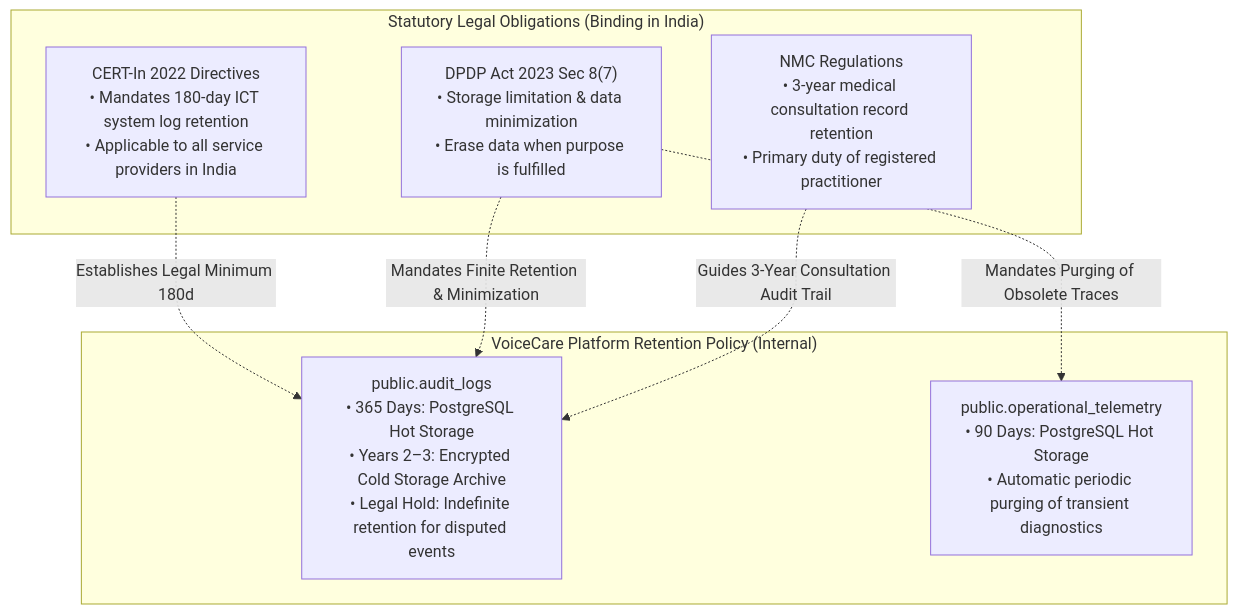
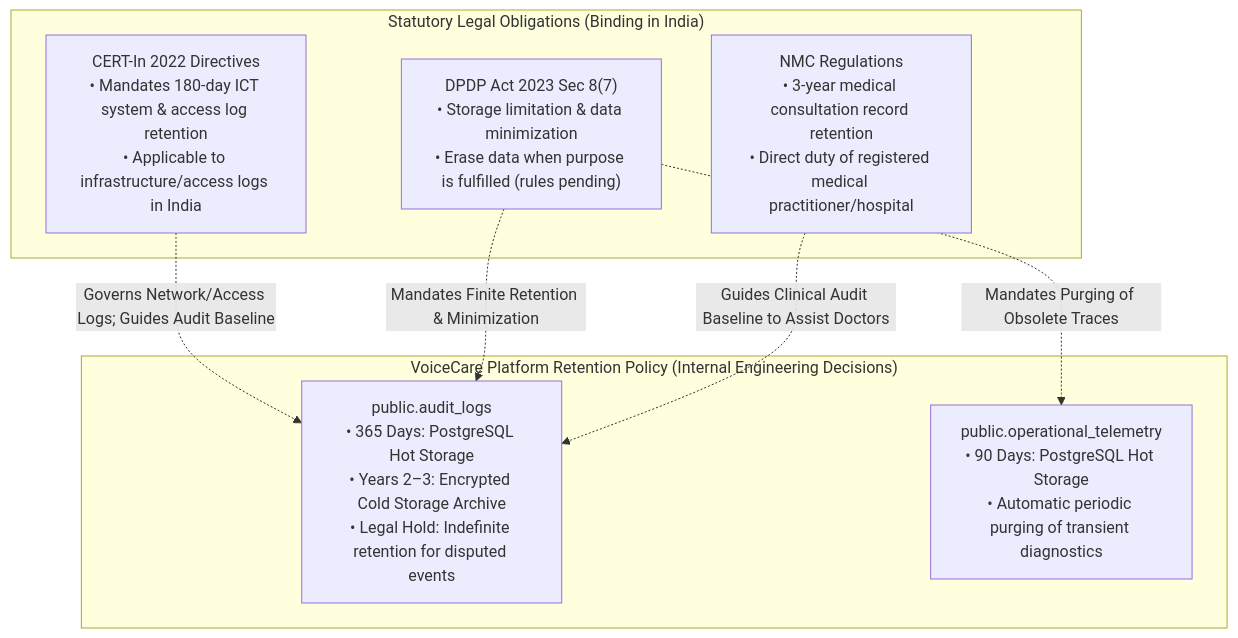
The diagram in docs/phase-2/part-6-audit-telemetry/voicecare_phase2_part6_notes.md (rakeshn7/VoiceCare), drawn with Mermaid before and after one commit. The commit also changed other lines of this file and 3 other files, not shown here.

Commit message:
fix(phase-2): reconcile part 6 rpc counts, omit registration numbers from audit metadata, and qualify statutory retention statements

````diff
--- a/docs/phase-2/part-6-audit-telemetry/voicecare_phase2_part6_notes.md
+++ b/docs/phase-2/part-6-audit-telemetry/voicecare_phase2_part6_notes.md
@@ -100,18 +100,18 @@
 ```mermaid
 flowchart TD
     subgraph Statutory["Statutory Legal Obligations (Binding in India)"]
-        S1["CERT-In 2022 Directives<br/>• Mandates 180-day ICT system log retention<br/>• Applicable to all service providers in India"]
-        S2["DPDP Act 2023 Sec 8(7)<br/>• Storage limitation & data minimization<br/>• Erase data when purpose is fulfilled"]
-        S3["NMC Regulations<br/>• 3-year medical consultation record retention<br/>• Primary duty of registered practitioner"]
+        S1["CERT-In 2022 Directives<br/>• Mandates 180-day ICT system & access log retention<br/>• Applicable to infrastructure/access logs in India"]
+        S2["DPDP Act 2023 Sec 8(7)<br/>• Storage limitation & data minimization<br/>• Erase data when purpose is fulfilled (rules pending)"]
+        S3["NMC Regulations<br/>• 3-year medical consultation record retention<br/>• Direct duty of registered medical practitioner/hospital"]
     end
 
-    subgraph InternalPolicy["VoiceCare Platform Retention Policy (Internal)"]
+    subgraph InternalPolicy["VoiceCare Platform Retention Policy (Internal Engineering Decisions)"]
         P1["public.audit_logs<br/>• 365 Days: PostgreSQL Hot Storage<br/>• Years 2–3: Encrypted Cold Storage Archive<br/>• Legal Hold: Indefinite retention for disputed events"]
         P2["public.operational_telemetry<br/>• 90 Days: PostgreSQL Hot Storage<br/>• Automatic periodic purging of transient diagnostics"]
     end
 
-    S1 -.->|Establishes Legal Minimum 180d| P1
+    S1 -.->|Governs Network/Access Logs; Guides Audit Baseline| P1
     S2 -.->|Mandates Finite Retention & Minimization| P1
     S2 -.->|Mandates Purging of Obsolete Traces| P2
-    S3 -.->|Guides 3-Year Consultation Audit Trail| P1
+    S3 -.->|Guides Clinical Audit Baseline to Assist Doctors| P1
 ```
````
